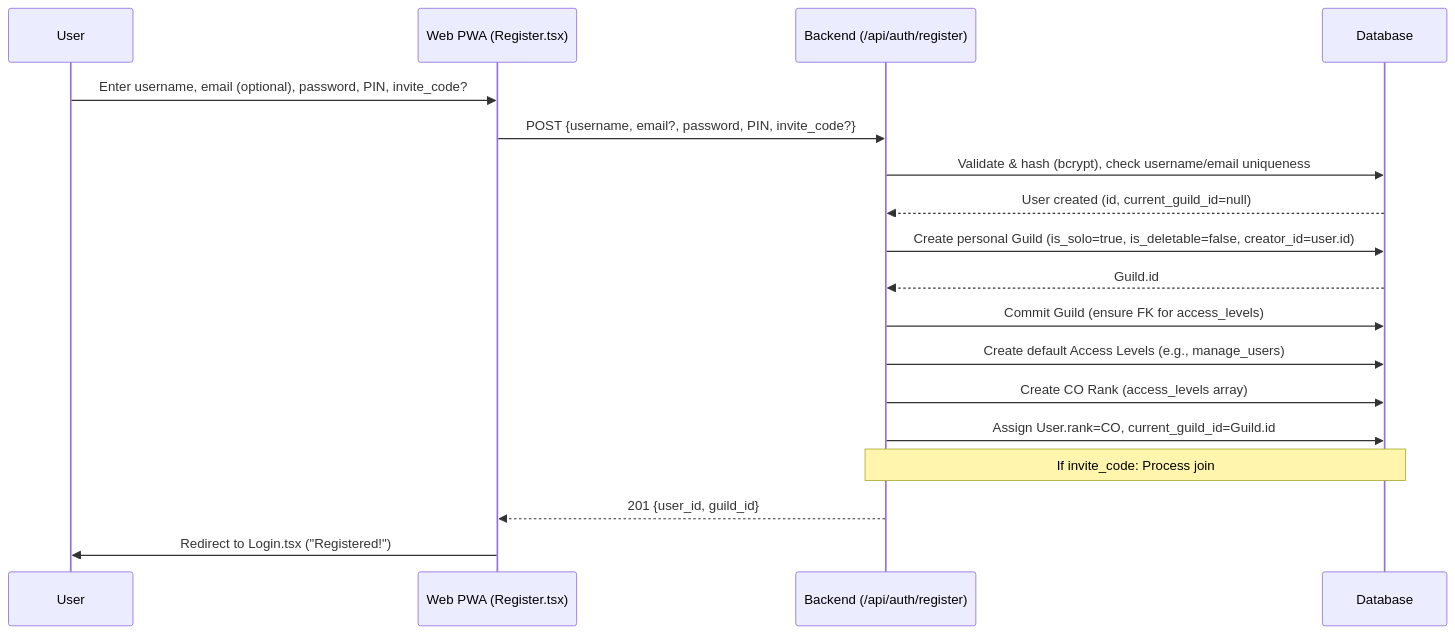
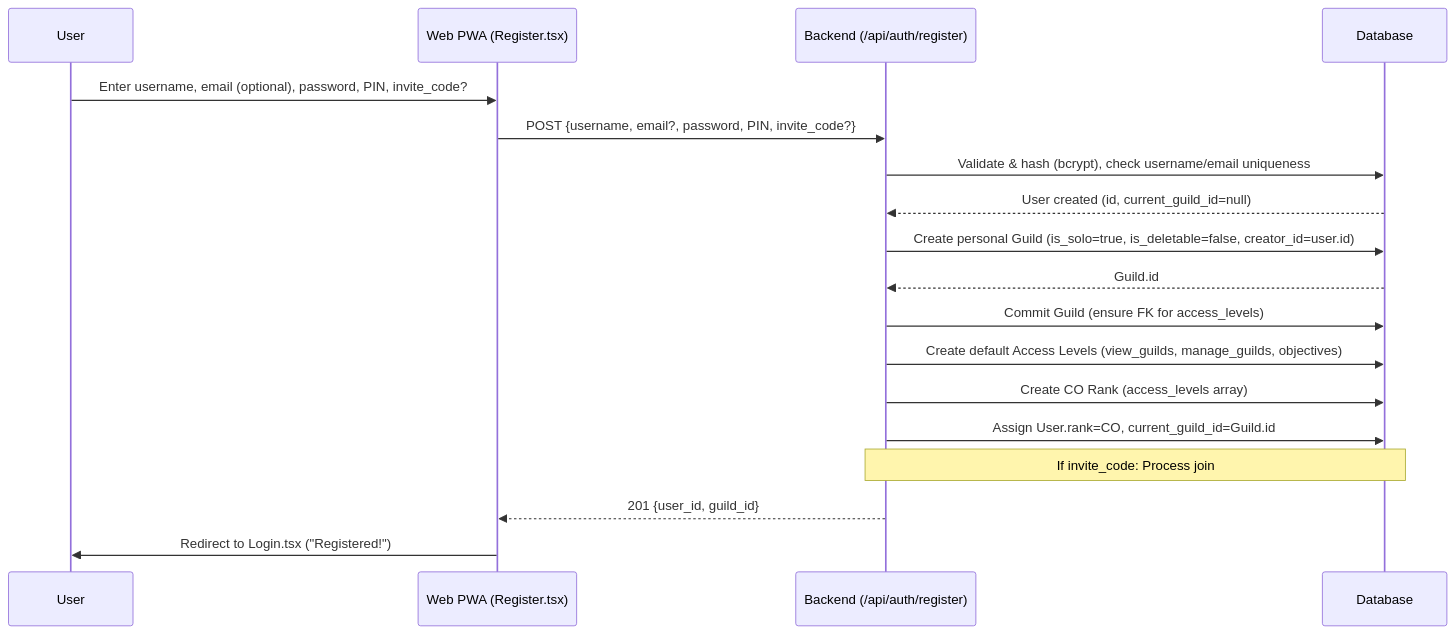
One commit to hamlet2k/SphereConnect changed the first of 7 diagrams in docs/project/use_cases.markdown. Above: the diagram before and after it, drawn with Mermaid. The commit also changed other lines of this file and 6 other files, not shown here.

````diff
--- a/docs/project/use_cases.markdown
+++ b/docs/project/use_cases.markdown
@@ -12,20 +12,20 @@
 ```mermaid
 sequenceDiagram
     participant U as User
     participant W as Web PWA (Register.tsx)
     participant B as Backend (/api/auth/register)
     participant D as Database
     U->>W: Enter username, email (optional), password, PIN, invite_code?
     W->>B: POST {username, email?, password, PIN, invite_code?}
     B->>D: Validate & hash (bcrypt), check username/email uniqueness
     D-->>B: User created (id, current_guild_id=null)
     B->>D: Create personal Guild (is_solo=true, is_deletable=false, creator_id=user.id)
     D-->>B: Guild.id
     B->>D: Commit Guild (ensure FK for access_levels)
-    B->>D: Create default Access Levels (e.g., manage_users)
+    B->>D: Create default Access Levels (view_guilds, manage_guilds, objectives)
     B->>D: Create CO Rank (access_levels array)
     B->>D: Assign User.rank=CO, current_guild_id=Guild.id
     note over B,D: If invite_code: Process join
     B-->>W: 201 {user_id, guild_id}
     W->>U: Redirect to Login.tsx ("Registered!")
 ```
````
